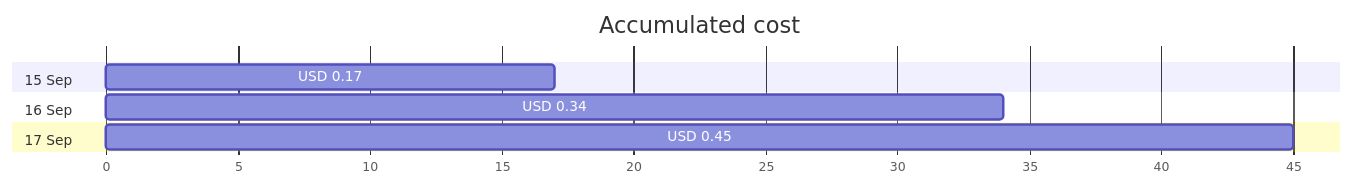
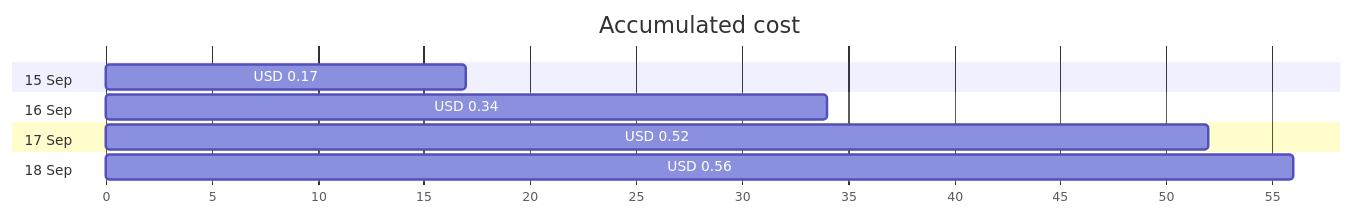
One commit to jpfulton/azure-personal-reports changed the first of 4 diagrams in cost-reports/personal-network/vpn-server.md. Above: the diagram before and after it, drawn with Mermaid. The commit also changed other lines of this file and 17 other files, not shown here.

````diff
--- a/cost-reports/personal-network/vpn-server.md
+++ b/cost-reports/personal-network/vpn-server.md
@@ -20,12 +20,14 @@
 ```mermaid
 gantt
    title Accumulated cost
    dateFormat  X
    axisFormat %s
    section 15 Sep
    USD 0.17 :0, 17
    section 16 Sep
    USD 0.34 :0, 34
    section 17 Sep
-   USD 0.45 :0, 45
+   USD 0.52 :0, 52
+   section 18 Sep
+   USD 0.56 :0, 56
 ```
````
